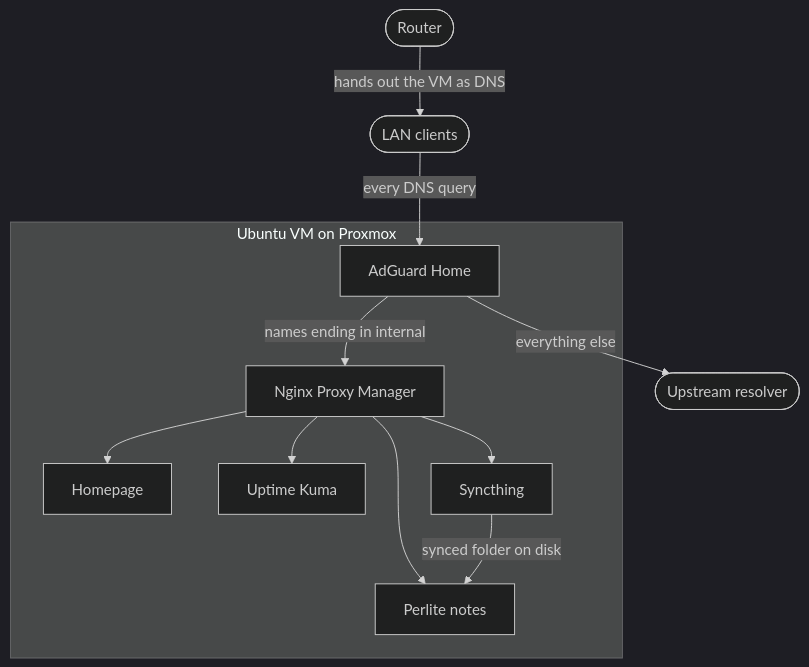
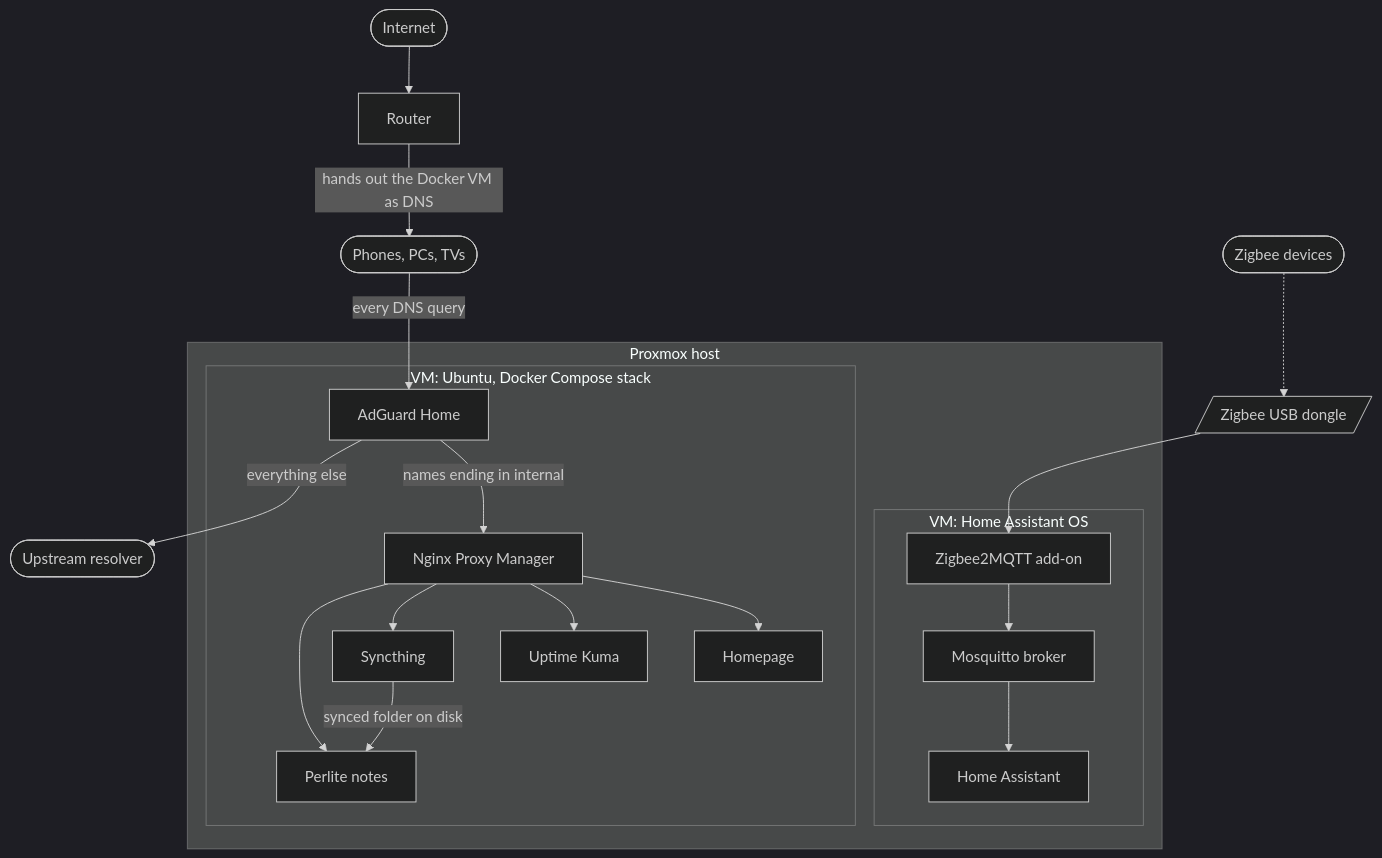
The first of 2 diagrams in homelab/README_HOMELAB.md (Lukk17/InstallationHelper), drawn with Mermaid (dark theme) before and after one commit. The commit also changed other lines of this file and 12 other files, not shown here.

First line of the commit message:
docs(homelab): add Proxmox host, Home Assistant, Syncthing and dashboard pages

````diff
--- a/homelab/README_HOMELAB.md
+++ b/homelab/README_HOMELAB.md
@@ -20,25 +35,36 @@
 ```mermaid
 graph TB
-    accTitle: Home lab request path
-    accDescr: LAN clients resolve every name through AdGuard Home. Internal names route through Nginx Proxy Manager to the service containers.
+    accTitle: Home lab architecture
+    accDescr: A router hands out the Docker VM as DNS for the LAN. A Proxmox host runs a Home Assistant VM and a Docker VM. AdGuard Home resolves every query and routes internal names through Nginx Proxy Manager to the service containers.
 
-    R([Router]) -->|hands out the VM as DNS| C([LAN clients])
+    NET([Internet]) --> R["Router"]
+    R -->|hands out the Docker VM as DNS| C([Phones, PCs, TVs])
     C -->|every DNS query| AG
 
-    subgraph VM["Ubuntu VM on Proxmox"]
-        AG[AdGuard Home]
-        NPM[Nginx Proxy Manager]
-        HP[Homepage]
-        UK[Uptime Kuma]
-        SY[Syncthing]
-        PL[Perlite notes]
+    subgraph HOST["Proxmox host"]
+        subgraph VMHA["VM: Home Assistant OS"]
+            HA[Home Assistant]
+            Z2M[Zigbee2MQTT add-on]
+            MQ[Mosquitto broker]
+        end
+        subgraph VMD["VM: Ubuntu, Docker Compose stack"]
+            AG[AdGuard Home]
+            NPM[Nginx Proxy Manager]
+            HP[Homepage]
+            UK[Uptime Kuma]
+            SY[Syncthing]
+            PL[Perlite notes]
+        end
     end
 
     AG -->|names ending in internal| NPM
     AG -->|everything else| UP([Upstream resolver])
     NPM --> HP
     NPM --> UK
     NPM --> SY
     NPM --> PL
     SY -->|synced folder on disk| PL
+    USB[/Zigbee USB dongle/] --> Z2M
+    Z2M --> MQ --> HA
+    ZB([Zigbee devices]) -.-> USB
 ```
````
